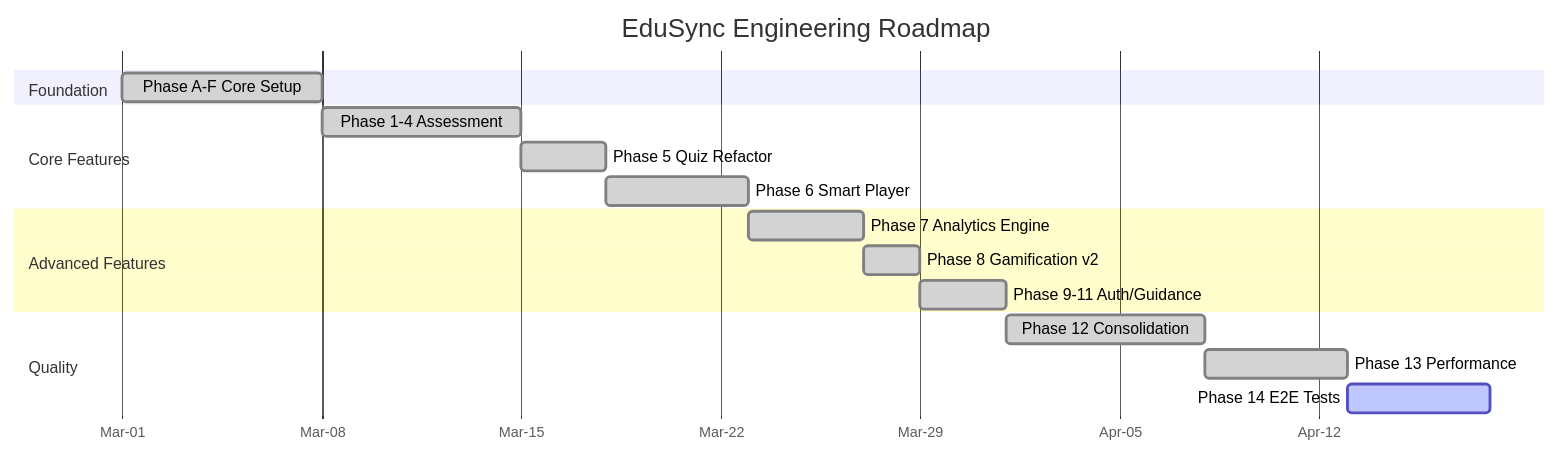
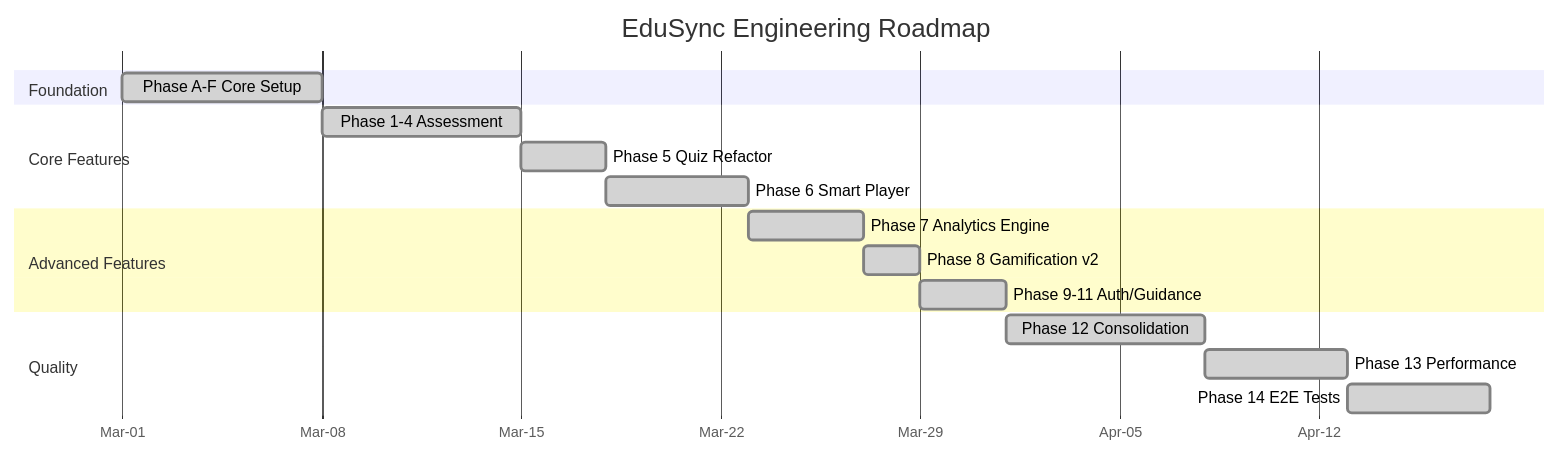
The diagram in docs/ENGINEERING_ROADMAP.md (AI-Powered-Edtech/LMS), drawn with Mermaid before and after one commit. The commit also changed other lines of this file and 12 other files, not shown here.

````diff
--- a/docs/ENGINEERING_ROADMAP.md
+++ b/docs/ENGINEERING_ROADMAP.md
@@ -51,24 +51,24 @@
 ```mermaid
 gantt
     title EduSync Engineering Roadmap
     dateFormat YYYY-MM-DD
     axisFormat %b-%d
 
     section Foundation
     Phase A-F Core Setup     :done, pa, 2026-03-01, 7d
 
     section Core Features
     Phase 1-4 Assessment     :done, p14, 2026-03-08, 7d
     Phase 5 Quiz Refactor    :done, p5, after p14, 3d
     Phase 6 Smart Player     :done, p6, after p5, 5d
 
     section Advanced Features
     Phase 7 Analytics Engine :done, p7, after p6, 4d
     Phase 8 Gamification v2  :done, p8, after p7, 2d
     Phase 9-11 Auth/Guidance :done, p9, after p8, 3d
 
     section Quality
     Phase 12 Consolidation   :done, p12, after p9, 7d
     Phase 13 Performance     :done, p13, after p12, 5d
-    Phase 14 E2E Tests       :active, p14b, after p13, 5d
+    Phase 14 E2E Tests       :done, p14b, after p13, 5d
 ```
````
